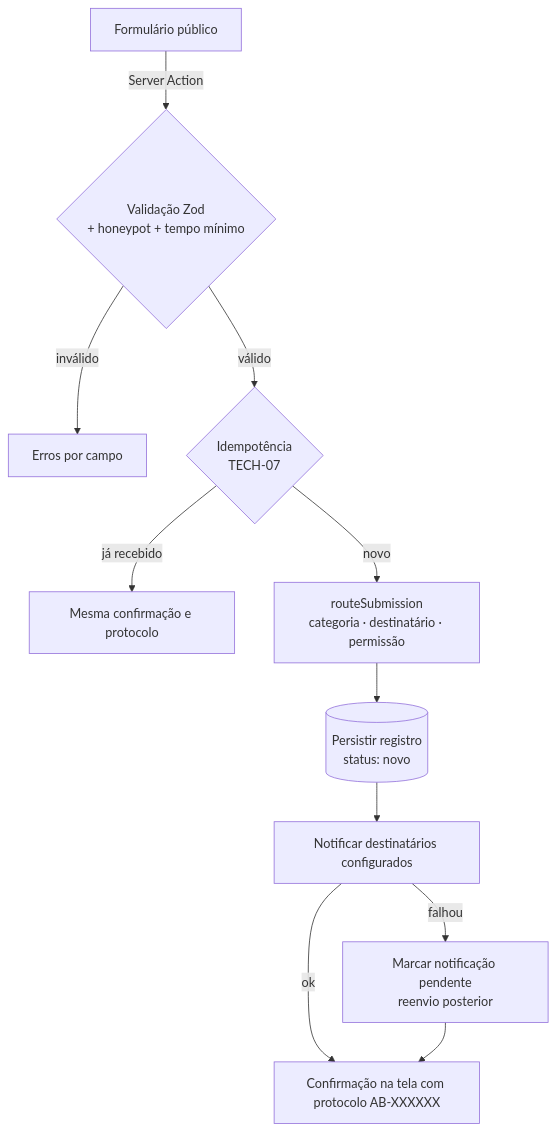
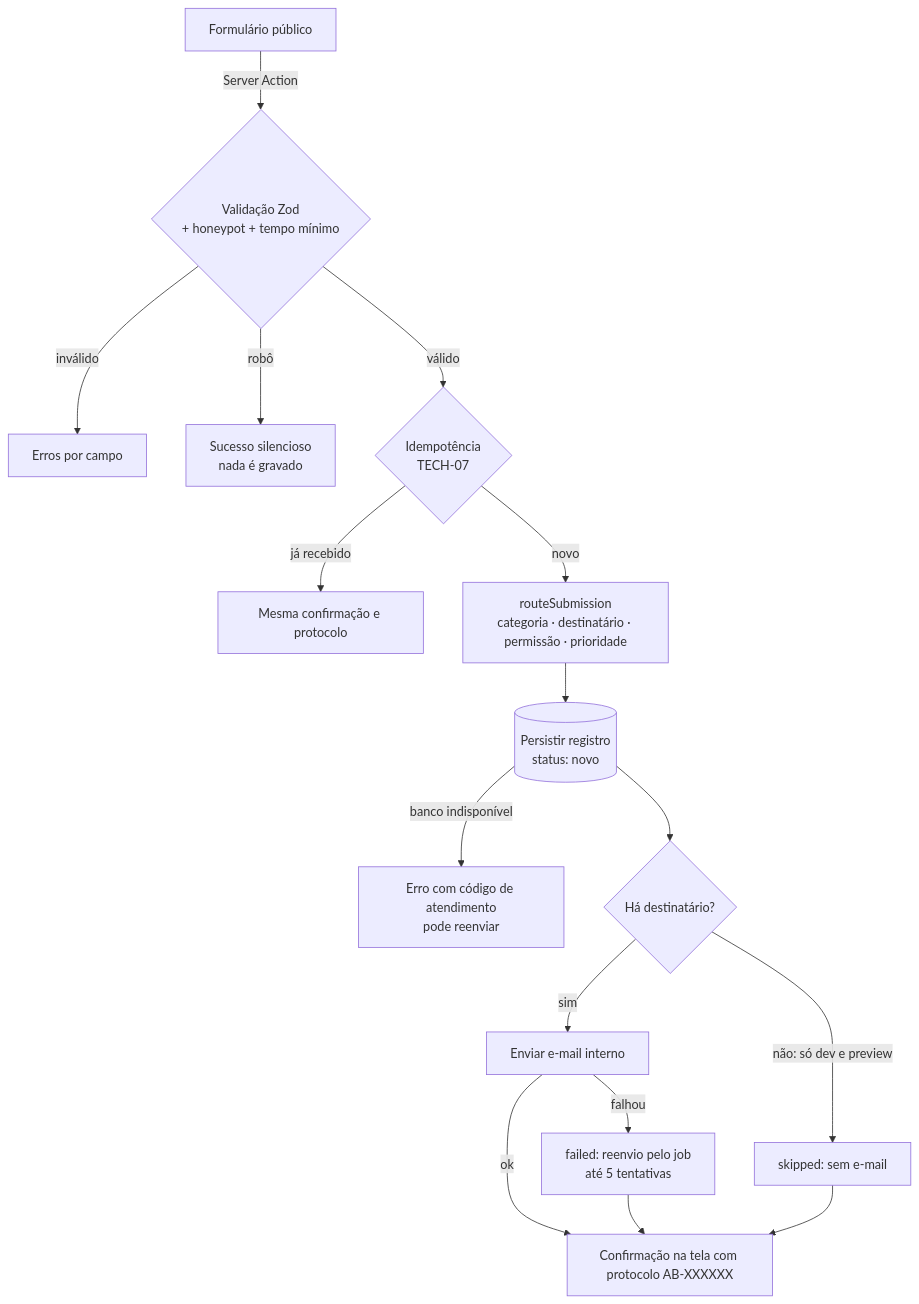
The diagram in docs/formularios/captacao-e-roteamento.md (NucleoTechFecap/landing-agencia-benjamin), drawn with Mermaid before and after one commit. The commit also changed other lines of this file and 7 other files, not shown here.

````diff
--- a/docs/formularios/captacao-e-roteamento.md
+++ b/docs/formularios/captacao-e-roteamento.md
@@ -26,13 +28,18 @@
 ```mermaid
 flowchart TD
   F[Formulário público] -->|Server Action| V{Validação Zod<br/>+ honeypot + tempo mínimo}
   V -- inválido --> E[Erros por campo]
+  V -- robô --> B[Sucesso silencioso<br/>nada é gravado]
   V -- válido --> I{Idempotência<br/>TECH-07}
   I -- já recebido --> OK[Mesma confirmação e protocolo]
-  I -- novo --> R[routeSubmission<br/>categoria · destinatário · permissão]
+  I -- novo --> R[routeSubmission<br/>categoria · destinatário · permissão · prioridade]
   R --> P[(Persistir registro<br/>status: novo)]
-  P --> N[Notificar destinatários configurados]
-  N -- falhou --> Q[Marcar notificação pendente<br/>reenvio posterior]
+  P -- banco indisponível --> X[Erro com código de atendimento<br/>pode reenviar]
+  P --> D{Há destinatário?}
+  D -- não: só dev e preview --> S[skipped: sem e-mail]
+  D -- sim --> N[Enviar e-mail interno]
+  N -- falhou --> Q[failed: reenvio pelo job<br/>até 5 tentativas]
   N -- ok --> OK2[Confirmação na tela com protocolo AB-XXXXXX]
   Q --> OK2
+  S --> OK2
 ```
````
